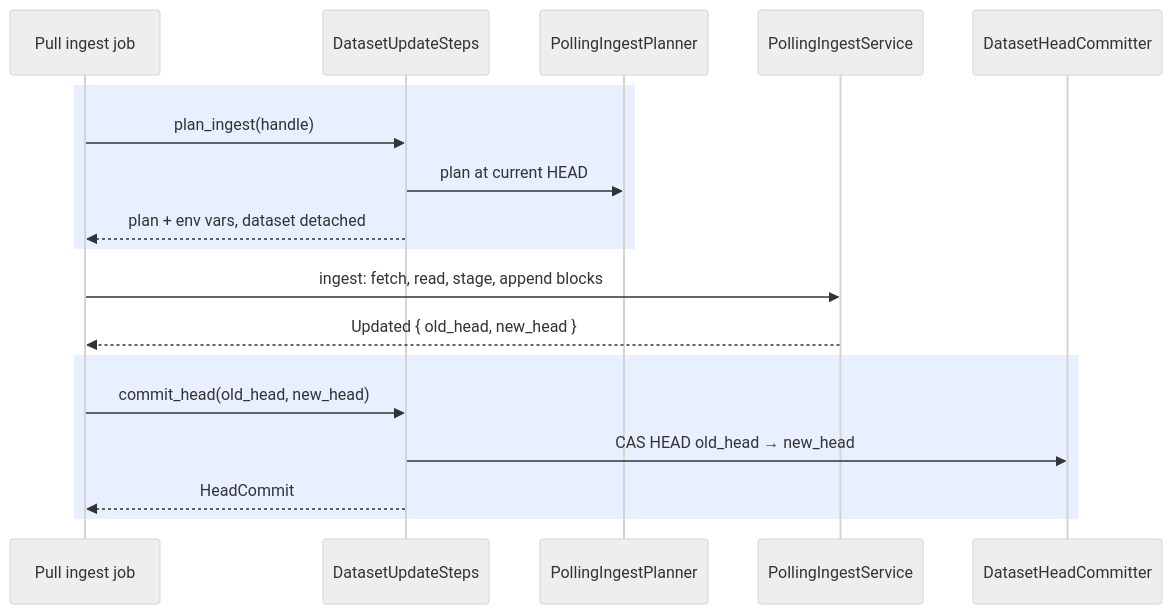
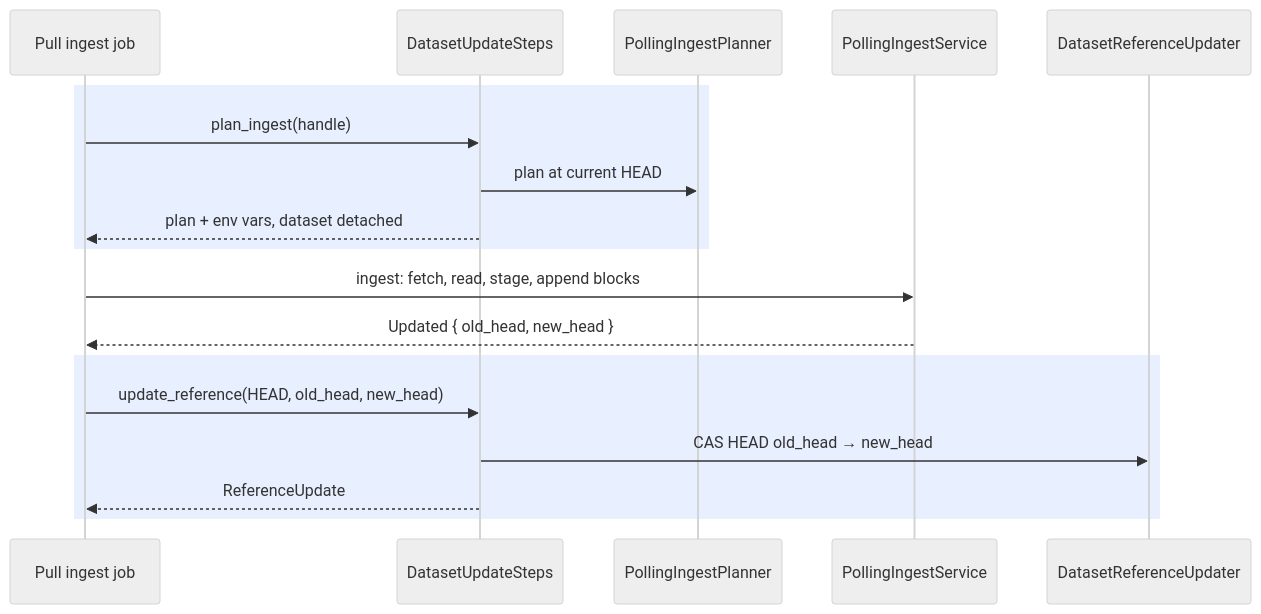
Before and after one commit to kamu-data/kamu-cli: the second of 3 diagrams in docs/internal/dataset-operations.md, drawn with Mermaid (neutral theme). The commit also changed other lines of this file and 88 other files, not shown here.

````diff
--- a/docs/internal/dataset-operations.md
+++ b/docs/internal/dataset-operations.md
@@ -89,21 +89,21 @@
 ```mermaid
 sequenceDiagram
     participant J as Pull ingest job
     participant S as DatasetUpdateSteps
     participant P as PollingIngestPlanner
     participant I as PollingIngestService
-    participant C as DatasetHeadCommitter
+    participant C as DatasetReferenceUpdater
 
     rect rgba(100, 150, 255, 0.15)
     J->>S: plan_ingest(handle)
     S->>P: plan at current HEAD
     S-->>J: plan + env vars, dataset detached
     end
     J->>I: ingest: fetch, read, stage, append blocks
     I-->>J: Updated { old_head, new_head }
     rect rgba(100, 150, 255, 0.15)
-    J->>S: commit_head(old_head, new_head)
+    J->>S: update_reference(HEAD, old_head, new_head)
     S->>C: CAS HEAD old_head → new_head
-    S-->>J: HeadCommit
+    S-->>J: ReferenceUpdate
     end
 ```
````
